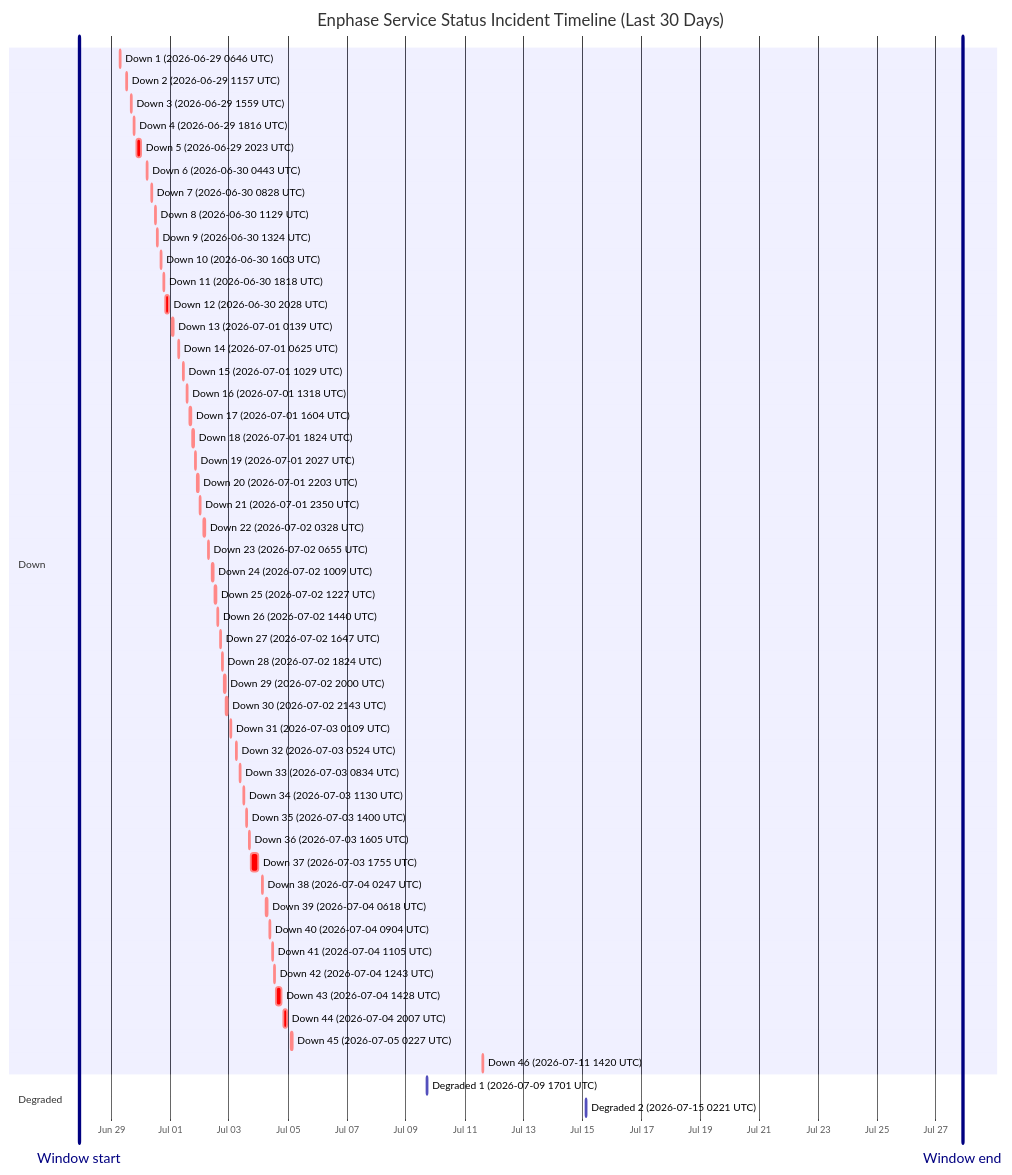
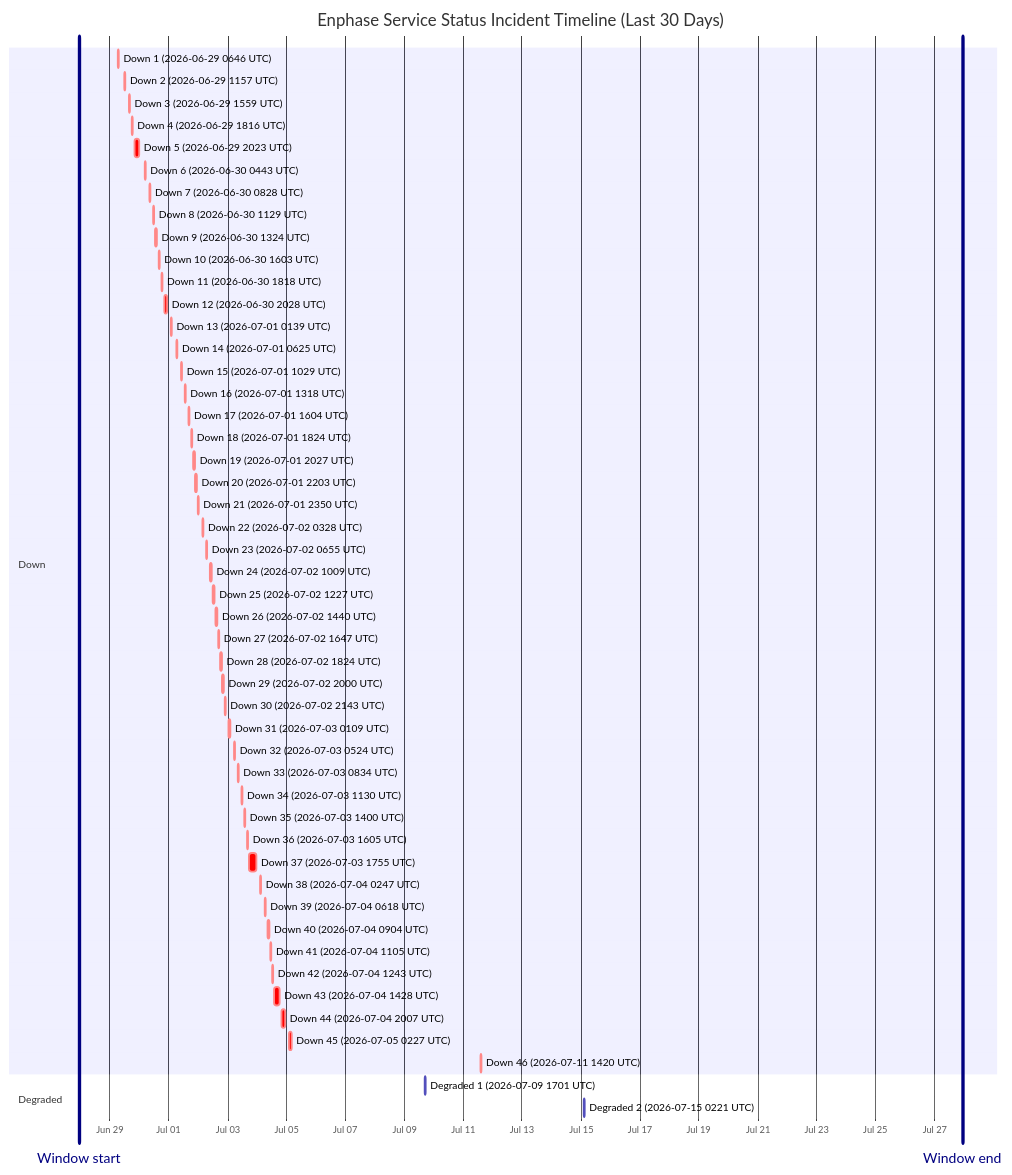
The diagram in wiki/Service-Status-History.md (barneyonline/ha-enphase-energy), drawn with Mermaid before and after one commit. The commit also changed other lines of this file and 3 other files, not shown here.

````diff
--- a/wiki/Service-Status-History.md
+++ b/wiki/Service-Status-History.md
@@ -14,58 +14,58 @@
 ```mermaid
 gantt
     title Enphase Service Status Incident Timeline (Last 30 Days)
     dateFormat  YYYY-MM-DDTHH:mm:ss
     axisFormat  %b %d
-    Window start :vert, window-start, 2026-06-27T21:37:49, 0ms
-    Window end :vert, window-end, 2026-07-27T21:37:49, 0ms
+    Window start :vert, window-start, 2026-06-27T22:59:45, 0ms
+    Window end :vert, window-end, 2026-07-27T22:59:45, 0ms
     section Down
     Down 1 (2026-06-29 0646 UTC) :crit, down-1, 2026-06-29T06:46:18, 60m
     Down 2 (2026-06-29 1157 UTC) :crit, down-2, 2026-06-29T11:57:36, 60m
     Down 3 (2026-06-29 1559 UTC) :crit, down-3, 2026-06-29T15:59:02, 60m
     Down 4 (2026-06-29 1816 UTC) :crit, down-4, 2026-06-29T18:16:38, 60m
     Down 5 (2026-06-29 2023 UTC) :crit, down-5, 2026-06-29T20:23:16, 220m
     Down 6 (2026-06-30 0443 UTC) :crit, down-6, 2026-06-30T04:43:54, 60m
     Down 7 (2026-06-30 0828 UTC) :crit, down-7, 2026-06-30T08:28:43, 60m
     Down 8 (2026-06-30 1129 UTC) :crit, down-8, 2026-06-30T11:29:15, 60m
     Down 9 (2026-06-30 1324 UTC) :crit, down-9, 2026-06-30T13:24:25, 60m
     Down 10 (2026-06-30 1603 UTC) :crit, down-10, 2026-06-30T16:03:26, 60m
     Down 11 (2026-06-30 1818 UTC) :crit, down-11, 2026-06-30T18:18:39, 60m
     Down 12 (2026-06-30 2028 UTC) :crit, down-12, 2026-06-30T20:28:54, 171m
     Down 13 (2026-07-01 0139 UTC) :crit, down-13, 2026-07-01T01:39:18, 60m
     Down 14 (2026-07-01 0625 UTC) :crit, down-14, 2026-07-01T06:25:35, 60m
     Down 15 (2026-07-01 1029 UTC) :crit, down-15, 2026-07-01T10:29:24, 60m
     Down 16 (2026-07-01 1318 UTC) :crit, down-16, 2026-07-01T13:18:31, 60m
     Down 17 (2026-07-01 1604 UTC) :crit, down-17, 2026-07-01T16:04:29, 60m
     Down 18 (2026-07-01 1824 UTC) :crit, down-18, 2026-07-01T18:24:21, 60m
     Down 19 (2026-07-01 2027 UTC) :crit, down-19, 2026-07-01T20:27:17, 60m
     Down 20 (2026-07-01 2203 UTC) :crit, down-20, 2026-07-01T22:03:46, 60m
     Down 21 (2026-07-01 2350 UTC) :crit, down-21, 2026-07-01T23:50:52, 60m
     Down 22 (2026-07-02 0328 UTC) :crit, down-22, 2026-07-02T03:28:33, 60m
     Down 23 (2026-07-02 0655 UTC) :crit, down-23, 2026-07-02T06:55:07, 60m
     Down 24 (2026-07-02 1009 UTC) :crit, down-24, 2026-07-02T10:09:15, 60m
     Down 25 (2026-07-02 1227 UTC) :crit, down-25, 2026-07-02T12:27:49, 60m
     Down 26 (2026-07-02 1440 UTC) :crit, down-26, 2026-07-02T14:40:53, 60m
     Down 27 (2026-07-02 1647 UTC) :crit, down-27, 2026-07-02T16:47:47, 60m
     Down 28 (2026-07-02 1824 UTC) :crit, down-28, 2026-07-02T18:24:26, 60m
     Down 29 (2026-07-02 2000 UTC) :crit, down-29, 2026-07-02T20:00:57, 60m
     Down 30 (2026-07-02 2143 UTC) :crit, down-30, 2026-07-02T21:43:52, 80m
     Down 31 (2026-07-03 0109 UTC) :crit, down-31, 2026-07-03T01:09:19, 60m
     Down 32 (2026-07-03 0524 UTC) :crit, down-32, 2026-07-03T05:24:23, 60m
     Down 33 (2026-07-03 0834 UTC) :crit, down-33, 2026-07-03T08:34:05, 60m
     Down 34 (2026-07-03 1130 UTC) :crit, down-34, 2026-07-03T11:30:41, 60m
     Down 35 (2026-07-03 1400 UTC) :crit, down-35, 2026-07-03T14:00:48, 60m
     Down 36 (2026-07-03 1605 UTC) :crit, down-36, 2026-07-03T16:05:49, 60m
     Down 37 (2026-07-03 1755 UTC) :crit, down-37, 2026-07-03T17:55:54, 338m
     Down 38 (2026-07-04 0247 UTC) :crit, down-38, 2026-07-04T02:47:22, 60m
     Down 39 (2026-07-04 0618 UTC) :crit, down-39, 2026-07-04T06:18:09, 60m
     Down 40 (2026-07-04 0904 UTC) :crit, down-40, 2026-07-04T09:04:41, 60m
     Down 41 (2026-07-04 1105 UTC) :crit, down-41, 2026-07-04T11:05:21, 60m
     Down 42 (2026-07-04 1243 UTC) :crit, down-42, 2026-07-04T12:43:25, 60m
     Down 43 (2026-07-04 1428 UTC) :crit, down-43, 2026-07-04T14:28:07, 243m
     Down 44 (2026-07-04 2007 UTC) :crit, down-44, 2026-07-04T20:07:50, 206m
     Down 45 (2026-07-05 0227 UTC) :crit, down-45, 2026-07-05T02:27:32, 109m
     Down 46 (2026-07-11 1420 UTC) :crit, down-46, 2026-07-11T14:20:54, 69m
     section Degraded
     Degraded 1 (2026-07-09 1701 UTC) :active, degraded-1, 2026-07-09T17:01:02, 60m
     Degraded 2 (2026-07-15 0221 UTC) :active, degraded-2, 2026-07-15T02:21:35, 60m
 ```
````
